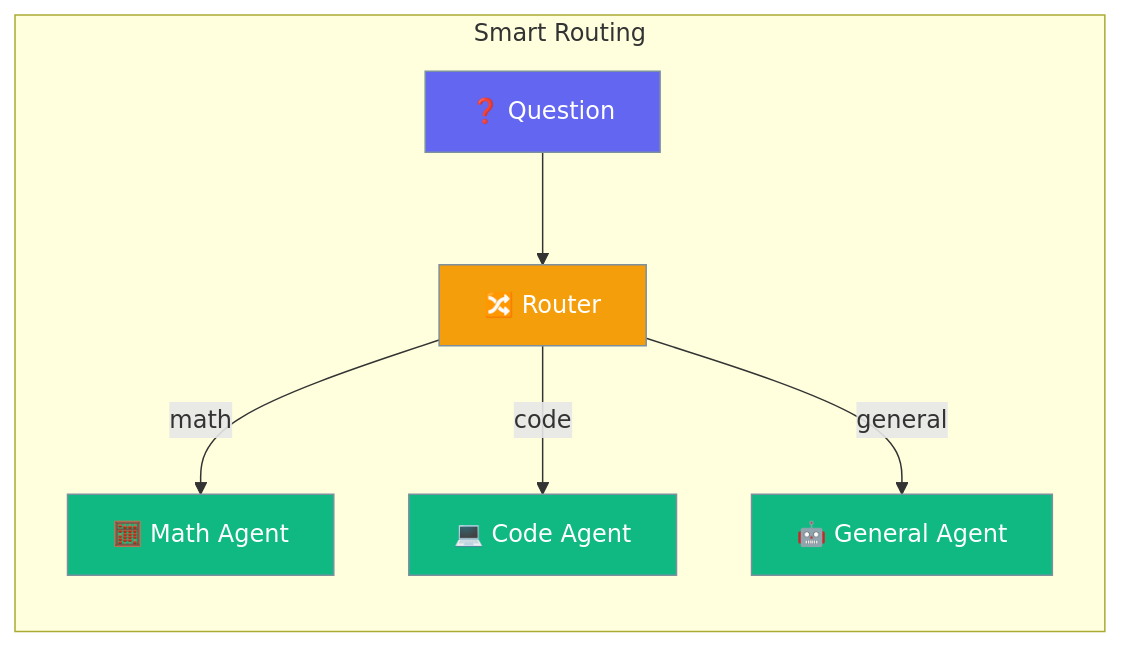
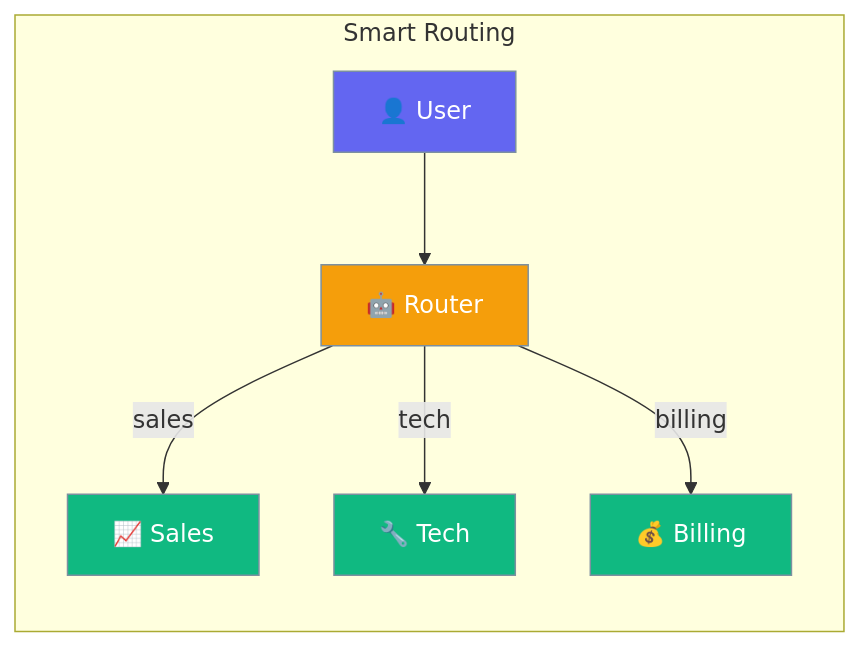
Before and after one commit to MervinPraison/PraisonAIDocs: the first of 2 diagrams in docs/js/routing.mdx, drawn with Mermaid. The commit also changed other lines of this file and 30 other files, not shown here.

````diff
--- a/docs/js/routing.mdx
+++ b/docs/js/routing.mdx
@@ -10,17 +10,17 @@
 ```mermaid
 graph LR
     subgraph "Smart Routing"
-        A[❓ Question] --> B[🔀 Router]
-        B -->|math| C[🧮 Math Agent]
-        B -->|code| D[💻 Code Agent]
-        B -->|general| E[🤖 General Agent]
+        A[👤 User] --> B[🤖 Router]
+        B -->|sales| C[📈 Sales]
+        B -->|tech| D[🔧 Tech]
+        B -->|billing| E[💰 Billing]
     end
     
-    classDef question fill:#6366F1,stroke:#7C90A0,color:#fff
+    classDef user fill:#6366F1,stroke:#7C90A0,color:#fff
     classDef router fill:#F59E0B,stroke:#7C90A0,color:#fff
     classDef agent fill:#10B981,stroke:#7C90A0,color:#fff
     
-    class A question
+    class A user
     class B router
     class C,D,E agent
 ```
````
